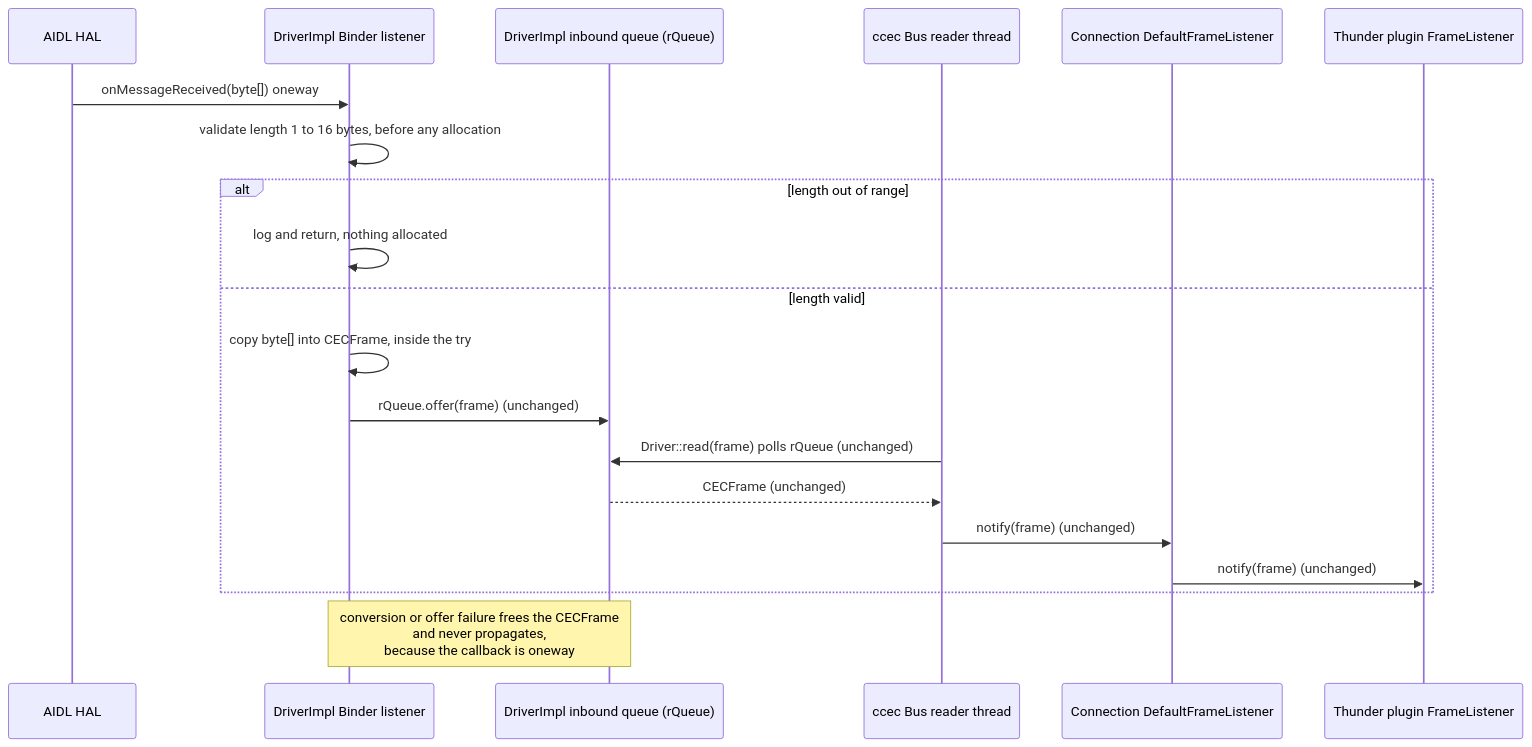
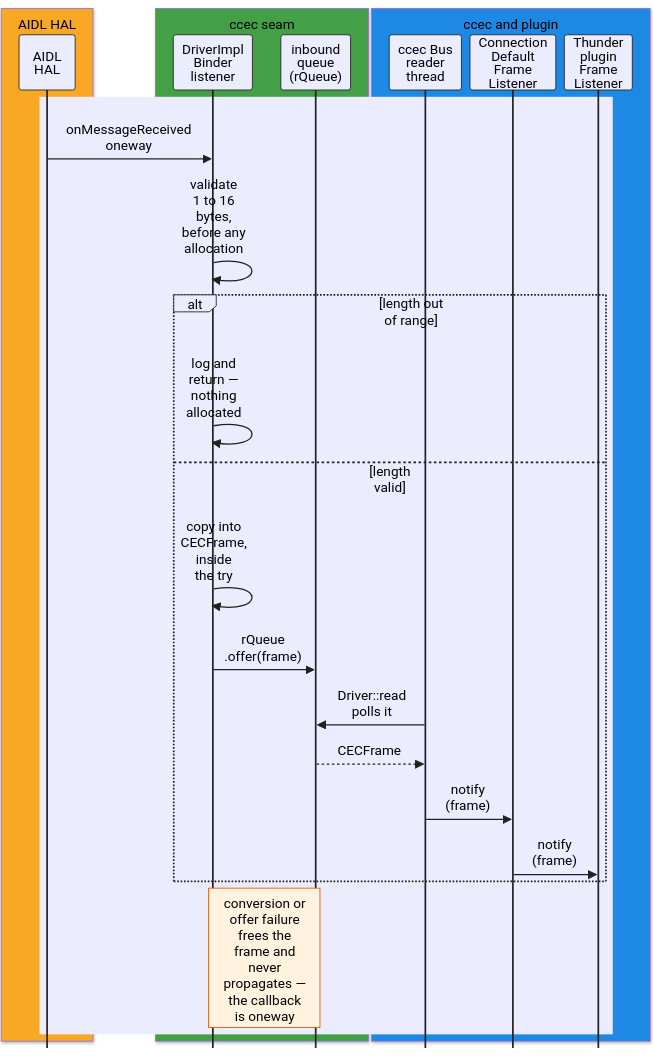
Before and after one commit to Blitzy-Sky/rdk-halif-aidl: the third of 3 diagrams in hdmicec/current/docs/migration_mapping.md, drawn with Mermaid. The commit also changed other lines of this file, not shown here.

````diff
--- a/hdmicec/current/docs/migration_mapping.md
+++ b/hdmicec/current/docs/migration_mapping.md
@@ -478,22 +538,31 @@
 ```mermaid
+%%{init: {"theme":"default","themeVariables":{"textColor":"#000000","actorBkg":"#ECECFF","actorBorder":"#212121","actorTextColor":"#000000","actorLineColor":"#212121","signalColor":"#212121","signalTextColor":"#000000","noteBkgColor":"#FFF3E0","noteBorderColor":"#E65100","noteTextColor":"#000000","loopTextColor":"#000000","labelBoxBkgColor":"#ECECFF","labelBoxBorderColor":"#212121","labelTextColor":"#000000","altSectionBkgColor":"#F5F5F5"},"sequence":{"diagramMarginX":8,"diagramMarginY":8,"actorMargin":10,"boxMargin":8,"width":66,"noteMargin":6,"messageMargin":26,"mirrorActors":false}}}%%
 sequenceDiagram
-    participant HAL as AIDL HAL
-    participant LS as DriverImpl Binder listener
-    participant Q as DriverImpl inbound queue (rQueue)
-    participant RD as ccec Bus reader thread
-    participant CN as Connection DefaultFrameListener
-    participant PL as Thunder plugin FrameListener
-    HAL->>LS: onMessageReceived(byte[]) oneway
-    LS->>LS: validate length 1 to 16 bytes, before any allocation
-    alt length out of range
-        LS->>LS: log and return, nothing allocated
+    box rgb(249,168,37) AIDL HAL
+        participant HAL as AIDL<br/>HAL
+    end
+    box rgb(67,160,71) ccec seam
+        participant LS as DriverImpl<br/>Binder<br/>listener
+        participant Q as inbound<br/>queue<br/>(rQueue)
+    end
+    box rgb(30,136,229) ccec and plugin
+        participant RD as ccec Bus<br/>reader<br/>thread
+        participant CN as Connection<br/>Default<br/>Frame<br/>Listener
+        participant PL as Thunder<br/>plugin<br/>Frame<br/>Listener
+    end
+    rect rgb(236,236,255)
+    HAL->>LS: onMessageReceived<br/>oneway
+    LS->>LS: validate<br/>1 to 16<br/>bytes,<br/>before any<br/>allocation
+    alt length out<br/>of range
+        LS->>LS: log and<br/>return —<br/>nothing<br/>allocated
     else length valid
-        LS->>LS: copy byte[] into CECFrame, inside the try
-        LS->>Q: rQueue.offer(frame) (unchanged)
-        RD->>Q: Driver::read(frame) polls rQueue (unchanged)
-        Q-->>RD: CECFrame (unchanged)
-        RD->>CN: notify(frame) (unchanged)
-        CN->>PL: notify(frame) (unchanged)
+        LS->>LS: copy into<br/>CECFrame,<br/>inside<br/>the try
+        LS->>Q: rQueue<br/>.offer(frame)
+        RD->>Q: Driver::read<br/>polls it
+        Q-->>RD: CECFrame
+        RD->>CN: notify<br/>(frame)
+        CN->>PL: notify<br/>(frame)
     end
-    Note over LS,Q: conversion or offer failure frees the CECFrame<br/>and never propagates,<br/>because the callback is oneway
+    Note over LS,Q: conversion or<br/>offer failure<br/>frees the<br/>frame and<br/>never<br/>propagates —<br/>the callback<br/>is oneway
+    end
 ```
````
